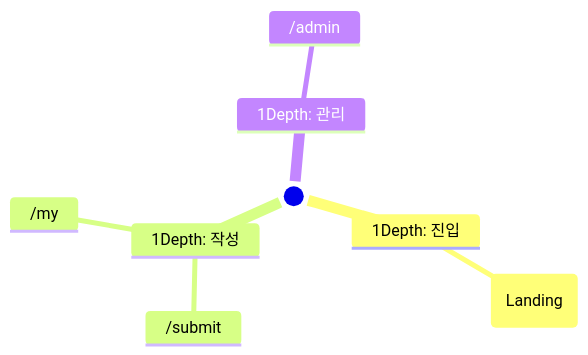
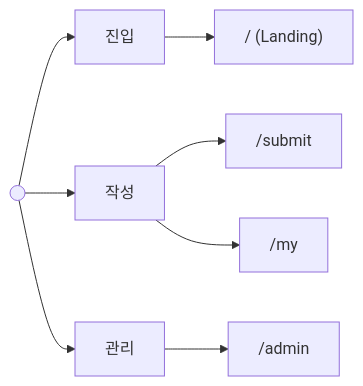
One commit to wigtn/wigtn-plugins changed the first of 2 diagrams in plugins/wigtn-coding/skills/screen-spec/SKILL.md. Above: the diagram before and after it, drawn with Mermaid. The commit also changed other lines of this file and 10 other files, not shown here.

````diff
--- a/plugins/wigtn-coding/skills/screen-spec/SKILL.md
+++ b/plugins/wigtn-coding/skills/screen-spec/SKILL.md
@@ -101,11 +114,11 @@
 ```mermaid
-mindmap
-  root((<feature>))
-    1Depth: 진입
-      / (Landing)
-    1Depth: 작성
-      /submit
-      /my
-    1Depth: 관리
-      /admin
+flowchart LR
+  Root((<feature>))
+  Root --> Entry[진입]
+  Root --> Create[작성]
+  Root --> Manage[관리]
+  Entry --> Landing["/ (Landing)"]
+  Create --> Submit["/submit"]
+  Create --> My["/my"]
+  Manage --> Admin["/admin"]
 ```
````
